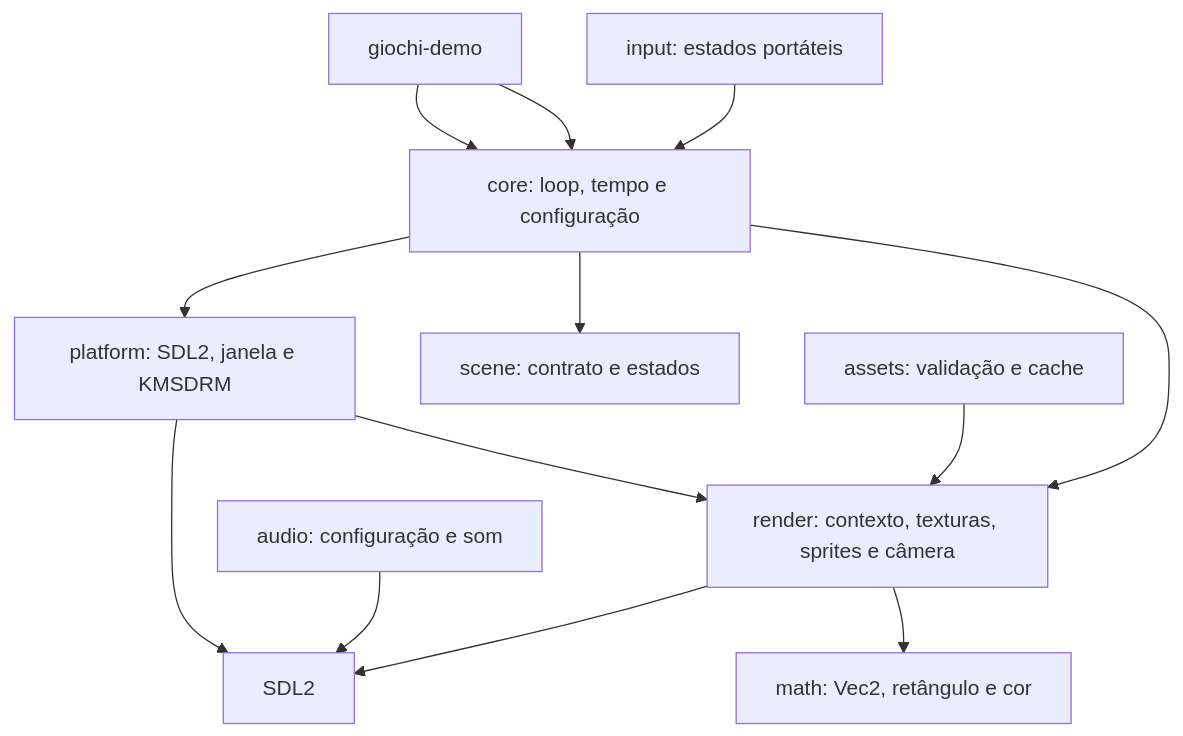
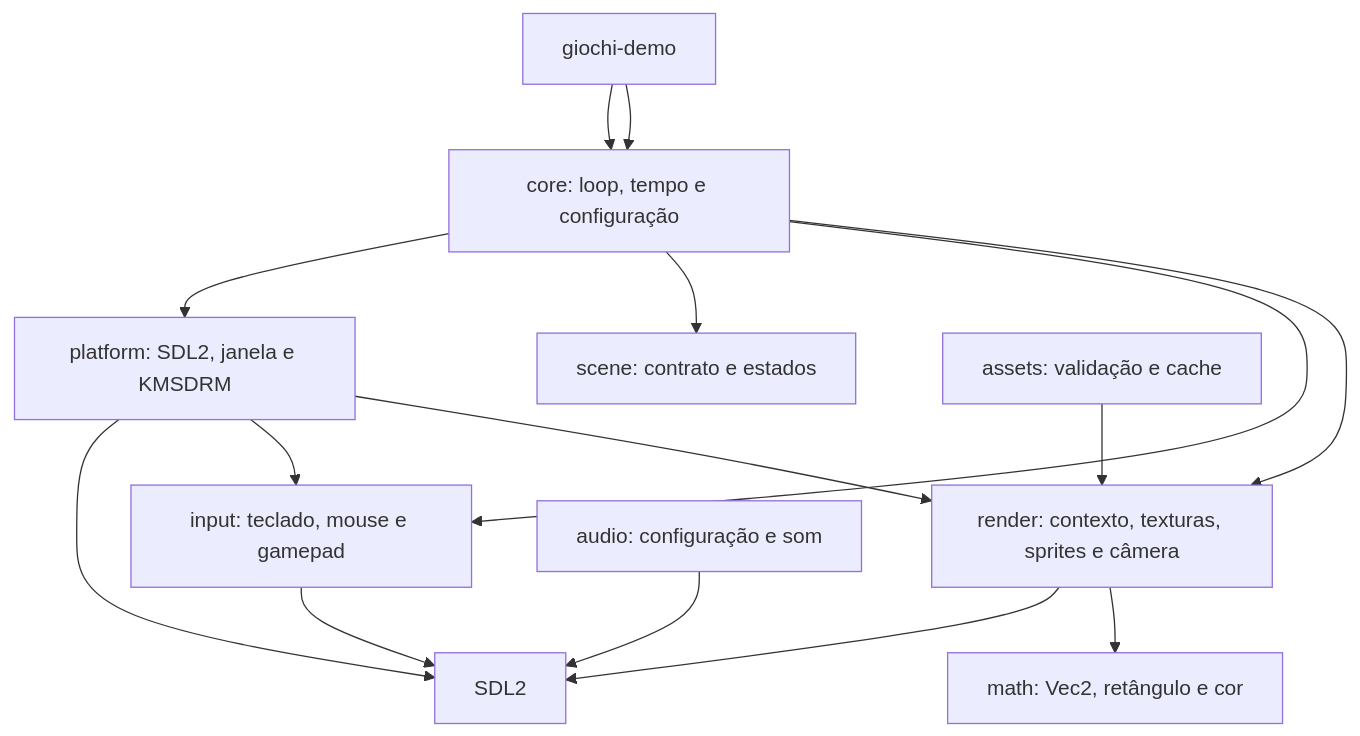
One commit to xtrempkch-droid/GIOCHI-ENGINE changed the diagram in docs/ARCHITECTURE.md. Above: the diagram before and after it, drawn with Mermaid. The commit also changed other lines of this file and 17 other files, not shown here.

````diff
--- a/docs/ARCHITECTURE.md
+++ b/docs/ARCHITECTURE.md
@@ -5,15 +5,17 @@
 ```mermaid
 flowchart TD
     Demo[exemplo SDL2 / consumidor] --> Core[core: loop, tempo e configuração]
     Demo[giochi-demo] --> Core
     Core --> Platform[platform: SDL2, janela e KMSDRM]
     Platform --> SDL[SDL2]
     Core --> Scene[scene: contrato e estados]
+    Core --> Input[input: teclado, mouse e gamepad]
     Core --> Render[render: contexto, texturas, sprites e câmera]
+    Platform --> Input
     Platform --> Render
+    Input --> SDL
     Render --> SDL
     Render --> Math[math: Vec2, retângulo e cor]
     Assets[assets: validação e cache] --> Render
     Audio[audio: configuração e som] --> SDL
-    Input[input: estados portáteis] --> Core
 ```
````
